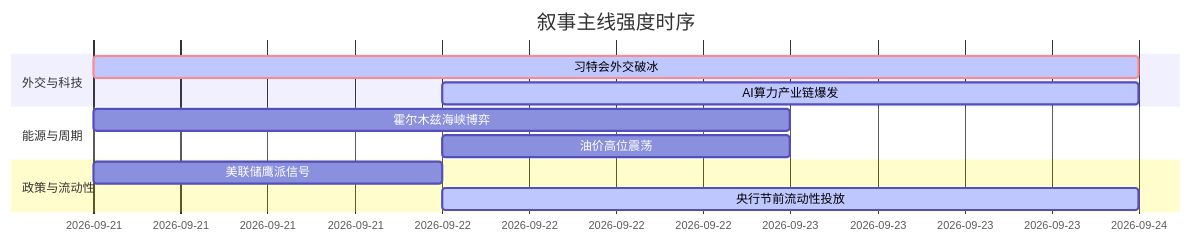
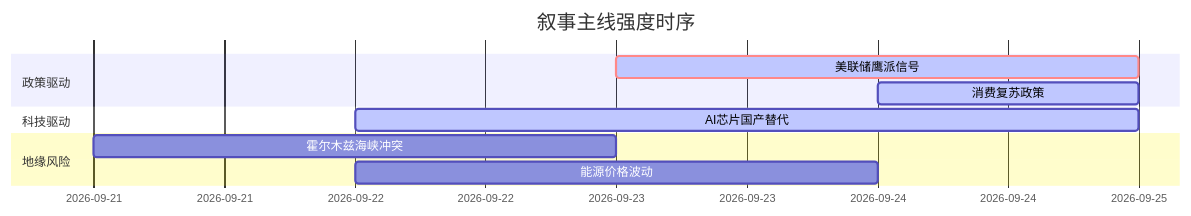
The diagram in 5day_report.md (uu5zn/uu5zn.github.io), drawn with Mermaid before and after one commit. The commit also changed other lines of this file and 23 other files, not shown here.

````diff
--- a/5day_report.md
+++ b/5day_report.md
@@ -58,16 +54,15 @@
 ```mermaid
 gantt
     title 叙事主线强度时序
-    dateFormat YYYY-MM-DD
-    section 外交与科技
-    习特会外交破冰     :crit, active, 2026-09-21, 3d
-    AI算力产业链爆发   :active, 2026-09-22, 2d
+    dateFormat  YYYY-MM-DD
+    section 政策驱动
+    美联储鹰派信号   :crit, active, 2026-09-23, 2d
+    消费复苏政策   :active, 2026-09-24, 1d
     
-    section 能源与周期
-    霍尔木兹海峡博弈   :2026-09-21, 2d
-    油价高位震荡       :2026-09-22, 1d
+    section 科技驱动
+    AI芯片国产替代   :active, 2026-09-22, 3d
     
-    section 政策与流动性
-    美联储鹰派信号     :2026-09-21, 1d
-    央行节前流动性投放 :active, 2026-09-22, 2d
+    section 地缘风险
+    霍尔木兹海峡冲突   :2026-09-21, 2d
+    能源价格波动   :2026-09-22, 2d
 ```
````
